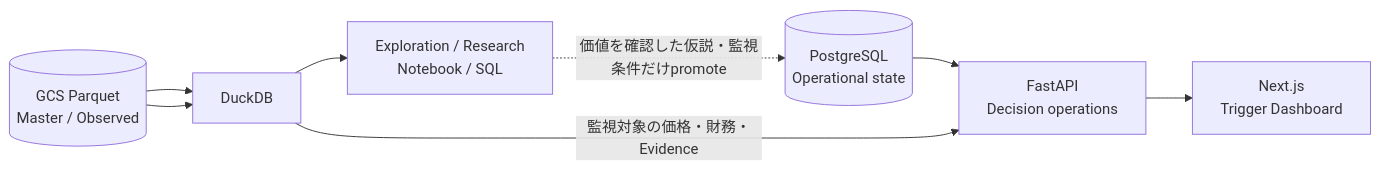
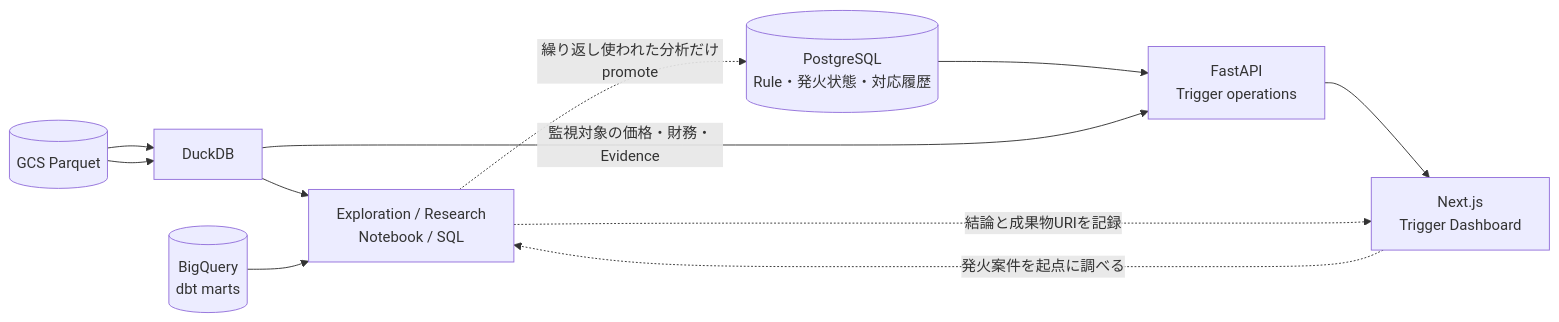
Before and after one commit to 3110mmn/invest-monitoring-platform: the second of 3 diagrams in docs/architecture.md, drawn with Mermaid. The commit also changed other lines of this file and 89 other files, not shown here.

First line of the commit message:
chore: publish snapshot with dbt docs and trigger operations

````diff
--- a/docs/architecture.md
+++ b/docs/architecture.md
@@ -55,14 +88,18 @@
 ```mermaid
 flowchart LR
-    Lake[("GCS Parquet<br/>Master / Observed")]
+    Lake[("GCS Parquet")]
+    BQ[("BigQuery<br/>dbt marts")]
     Duck["DuckDB"]
     Research["Exploration / Research<br/>Notebook / SQL"]
-    AppDB[("PostgreSQL<br/>Operational state")]
-    API["FastAPI<br/>Decision operations"]
+    AppDB[("PostgreSQL<br/>Rule・発火状態・対応履歴")]
+    API["FastAPI<br/>Trigger operations"]
     Web["Next.js<br/>Trigger Dashboard"]
 
     Lake --> Duck --> Research
-    Research -. "価値を確認した仮説・監視条件だけpromote" .-> AppDB
+    BQ --> Research
+    Research -. "繰り返し使われた分析だけpromote" .-> AppDB
     AppDB --> API --> Web
     Lake --> Duck -->|"監視対象の価格・財務・Evidence"| API
+    Web -. "発火案件を起点に調べる" .-> Research
+    Research -. "結論と成果物URIを記録" .-> Web
 ```
````
